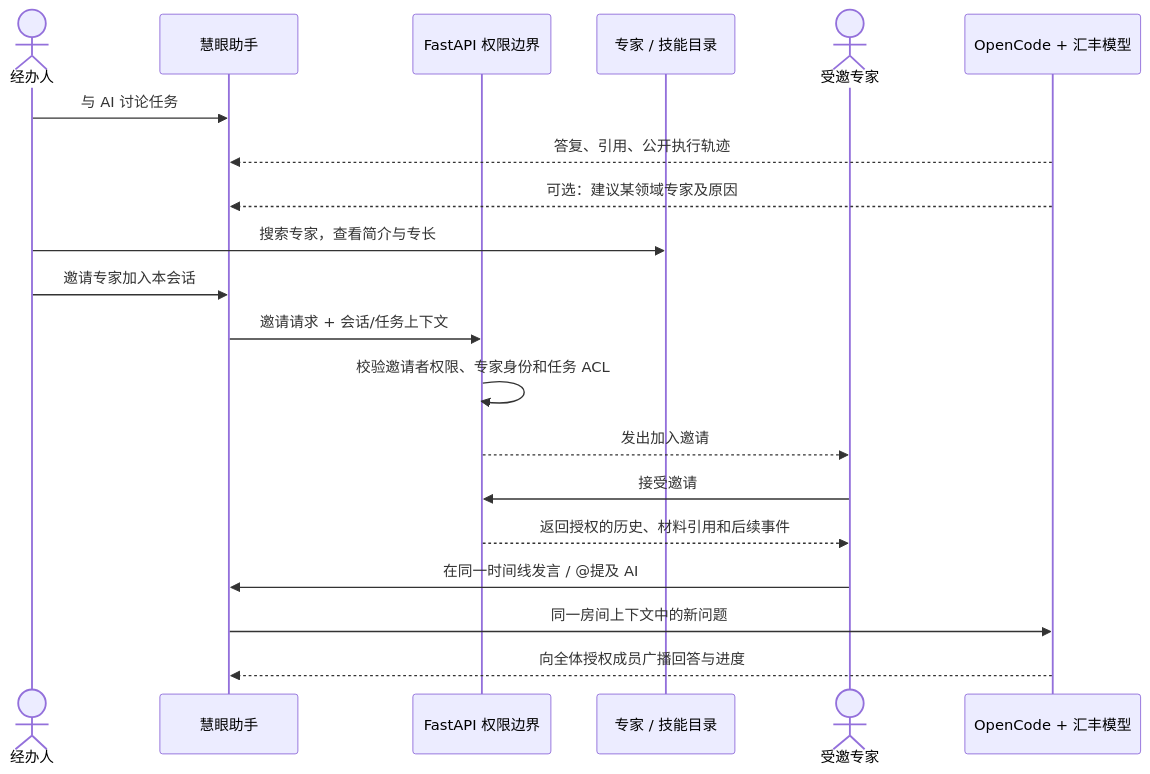
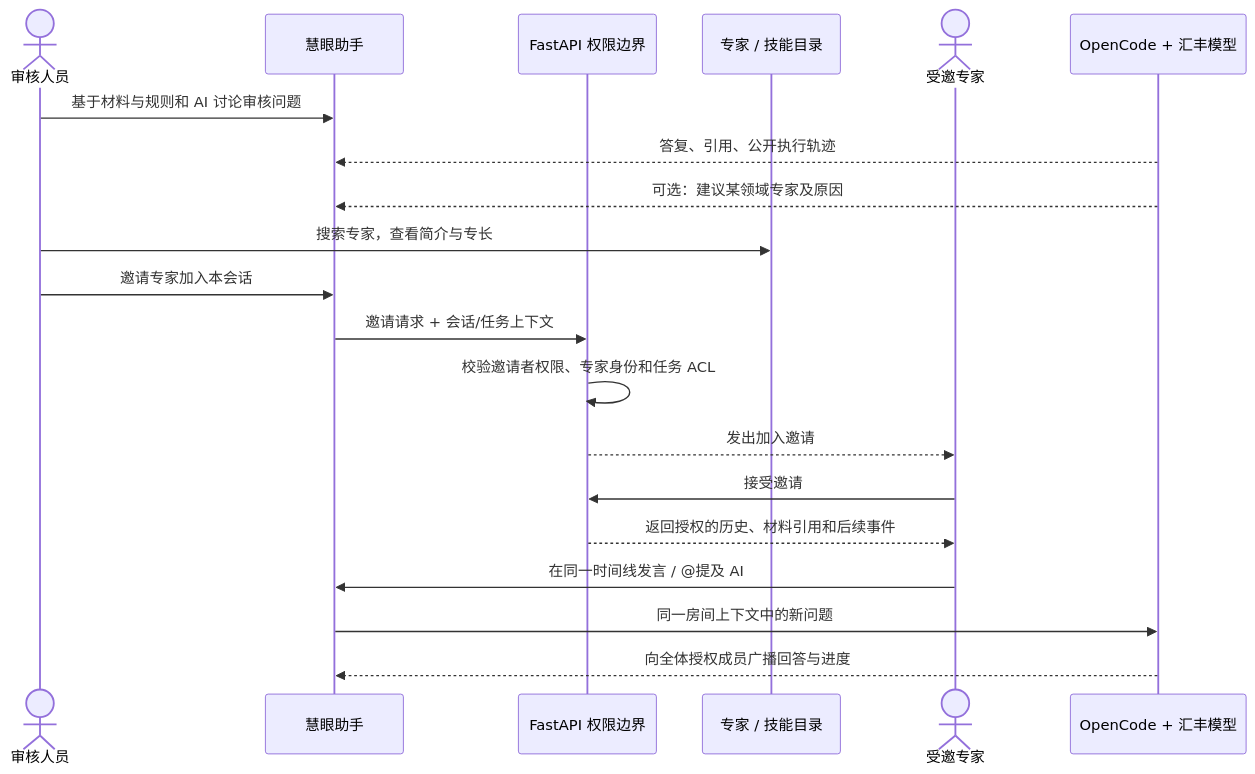
One commit to HBCN-AI-Campaign/HBCN-AI-Campaign-Team8 changed the first of 6 diagrams in docs/ai-assistant/多人协作AI对话调研与优化方案.md. Above: the diagram before and after it, drawn with Mermaid. The commit also changed other lines of this file and 1 other file, not shown here.

````diff
--- a/docs/ai-assistant/多人协作AI对话调研与优化方案.md
+++ b/docs/ai-assistant/多人协作AI对话调研与优化方案.md
@@ -45,22 +45,22 @@
 ```mermaid
 sequenceDiagram
-  actor U as 经办人
+  actor U as 审核人员
   participant UI as 慧眼助手
   participant API as FastAPI 权限边界
   participant DIR as 专家 / 技能目录
   actor E as 受邀专家
   participant AI as OpenCode + 汇丰模型
-  U->>UI: 与 AI 讨论任务
+  U->>UI: 基于材料与规则和 AI 讨论审核问题
   AI-->>UI: 答复、引用、公开执行轨迹
   AI-->>UI: 可选：建议某领域专家及原因
   U->>DIR: 搜索专家，查看简介与专长
   U->>UI: 邀请专家加入本会话
   UI->>API: 邀请请求 + 会话/任务上下文
   API->>API: 校验邀请者权限、专家身份和任务 ACL
   API-->>E: 发出加入邀请
   E->>API: 接受邀请
   API-->>E: 返回授权的历史、材料引用和后续事件
   E->>UI: 在同一时间线发言 / @提及 AI
   UI->>AI: 同一房间上下文中的新问题
   AI-->>UI: 向全体授权成员广播回答与进度
 ```
````
